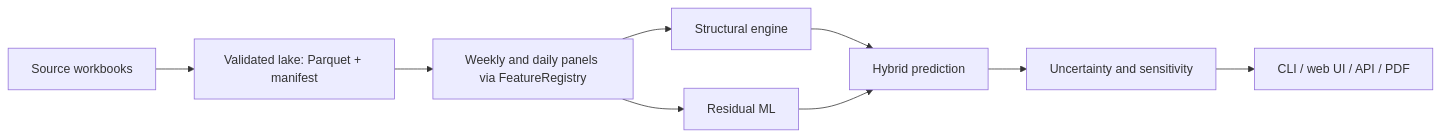
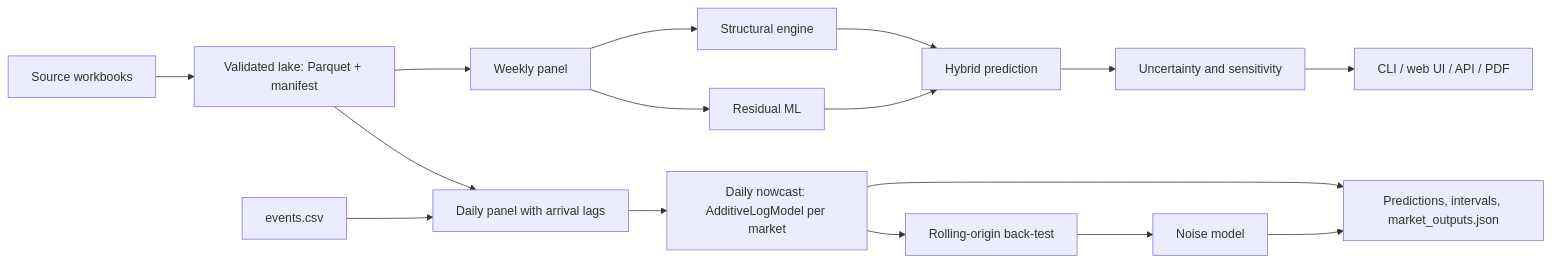
The diagram in docs/solution_documentation.md (Nikhil-Mundhra/ChallengeON-Advanced-Technology-Pioneers-2026), drawn with Mermaid before and after one commit. The commit also changed other lines of this file and 4 other files, not shown here.

Commit message:
Document the daily nowcast, predictions, outputs and component rules

````diff
--- a/docs/solution_documentation.md
+++ b/docs/solution_documentation.md
@@ -94,11 +102,18 @@
 ```mermaid
 flowchart LR
     A[Source workbooks] --> B[Validated lake: Parquet + manifest]
-    B --> C[Weekly and daily panels via FeatureRegistry]
+    B --> C[Weekly panel]
+    B --> N[Daily panel with arrival lags]
+    E0[events.csv] --> N
+    N --> K[Daily nowcast: AdditiveLogModel per market]
+    K --> BT[Rolling-origin back-test]
+    BT --> NM[Noise model]
+    K --> P[Predictions, intervals, market_outputs.json]
+    NM --> P
     C --> D[Structural engine]
     C --> E[Residual ML]
     D --> F[Hybrid prediction]
     E --> F
     F --> G[Uncertainty and sensitivity]
     G --> H[CLI / web UI / API / PDF]
 ```
````
